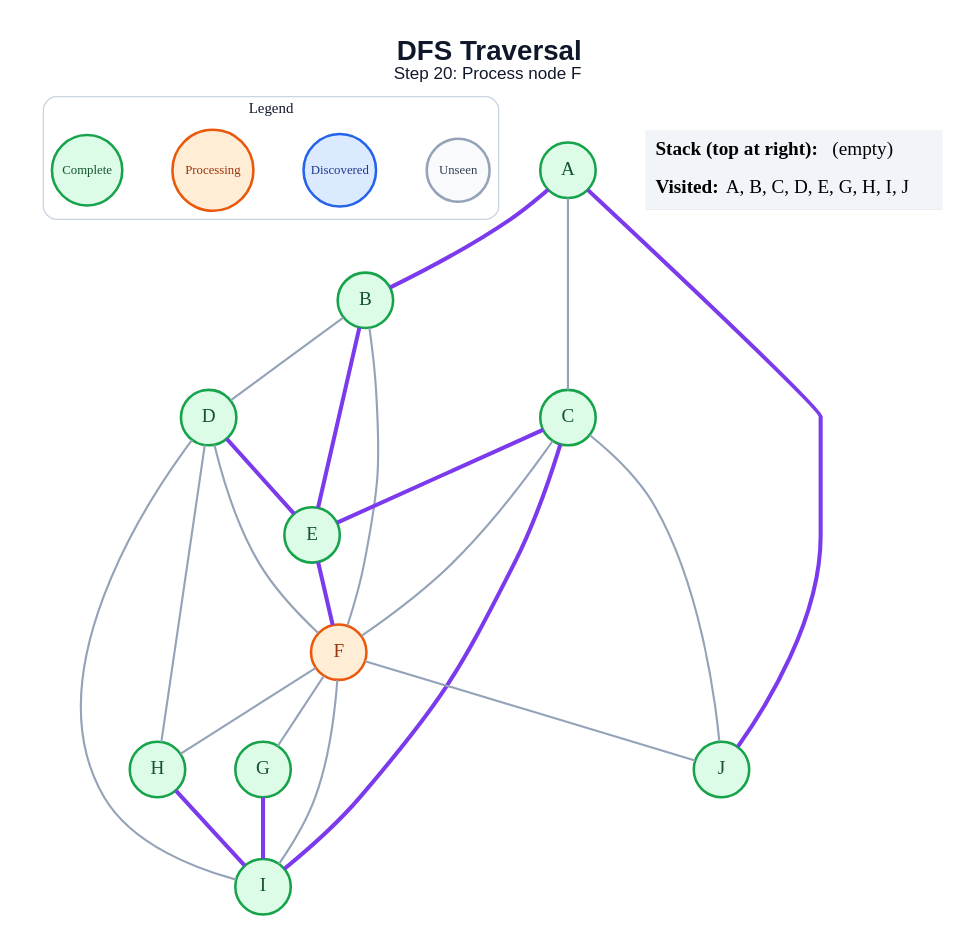
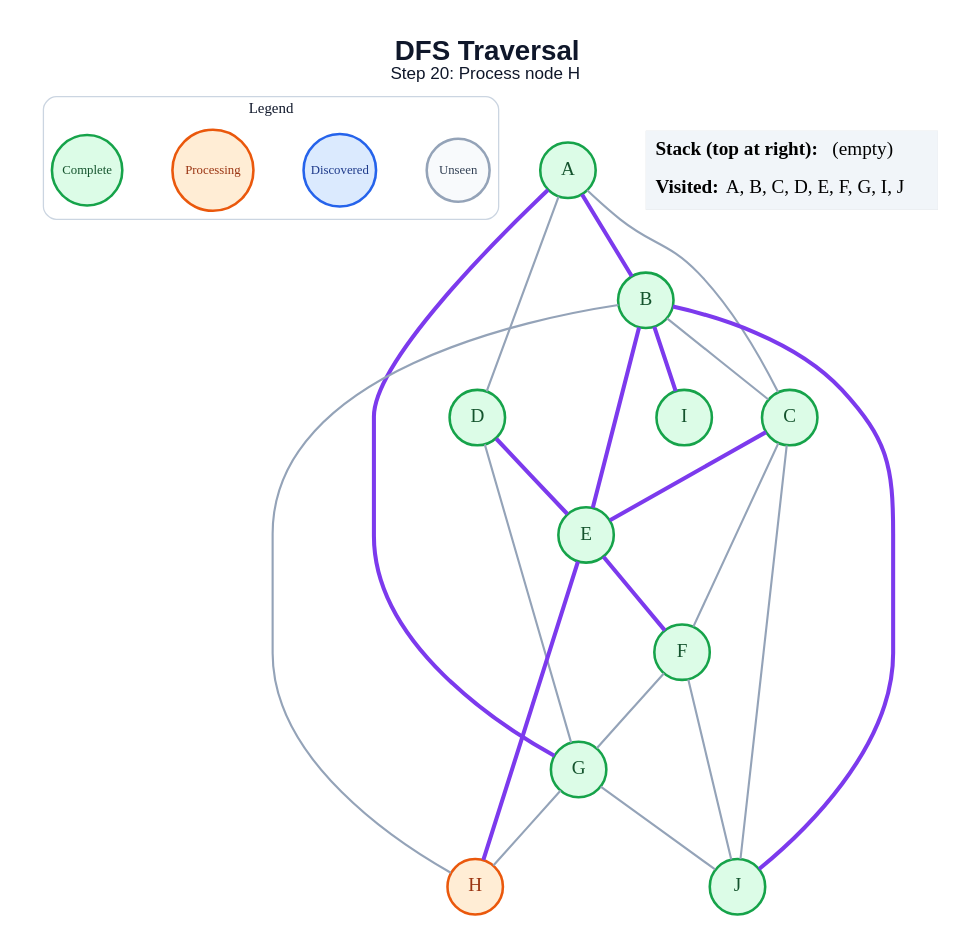
The diagram in generated/specific-node/dfs/step_20.dot (amanghodawala9/ai-slop), drawn with Graphviz before and after one commit. The commit also changed 178 other files, not shown here.

```diff
--- a/generated/specific-node/dfs/step_20.dot
+++ b/generated/specific-node/dfs/step_20.dot
@@ -1,50 +1,49 @@
 graph traversal {
   graph [layout=dot, rankdir=TB, bgcolor="#FFFFFF", pad="0.35", nodesep="0.65", ranksep="0.8", fontname="Arial"];
   node [shape=circle, style="filled", fontname="Arial Bold", fontsize=18, width=0.72, fixedsize=true, penwidth=2.4];
   edge [color="#94A3B8", penwidth=2.0];
-  label=<<B>DFS Traversal</B><BR/><FONT POINT-SIZE="16">Step 20: Process node F</FONT>>; labelloc="t"; fontsize=26; fontname="Arial"; fontcolor="#0F172A";
+  label=<<B>DFS Traversal</B><BR/><FONT POINT-SIZE="16">Step 20: Process node H</FONT>>; labelloc="t"; fontsize=26; fontname="Arial"; fontcolor="#0F172A";
   subgraph cluster_legend { label="Legend"; color="#CBD5E1"; penwidth=1.2; style="rounded"; fontsize=14; fontname="Arial Bold";
     key_unseen [label="Unseen", fillcolor="#F8FAFC", color="#94A3B8", fontcolor="#334155", fontsize=12, width=0.82];
     key_frontier [label="Discovered", fillcolor="#DBEAFE", color="#2563EB", fontcolor="#1E3A8A", fontsize=12, width=0.95];
     key_current [label="Processing", fillcolor="#FFEDD5", color="#EA580C", fontcolor="#9A3412", fontsize=12, width=1.05];
     key_done [label="Complete", fillcolor="#DCFCE7", color="#16A34A", fontcolor="#14532D", fontsize=12, width=0.92];
     { rank=same; key_unseen; key_frontier; key_current; key_done; }
   }
   A [fillcolor="#DCFCE7", color="#16A34A", fontcolor="#14532D"];
   B [fillcolor="#DCFCE7", color="#16A34A", fontcolor="#14532D"];
   C [fillcolor="#DCFCE7", color="#16A34A", fontcolor="#14532D"];
   D [fillcolor="#DCFCE7", color="#16A34A", fontcolor="#14532D"];
   E [fillcolor="#DCFCE7", color="#16A34A", fontcolor="#14532D"];
-  F [fillcolor="#FFEDD5", color="#EA580C", fontcolor="#9A3412"];
+  F [fillcolor="#DCFCE7", color="#16A34A", fontcolor="#14532D"];
   G [fillcolor="#DCFCE7", color="#16A34A", fontcolor="#14532D"];
-  H [fillcolor="#DCFCE7", color="#16A34A", fontcolor="#14532D"];
+  H [fillcolor="#FFEDD5", color="#EA580C", fontcolor="#9A3412"];
   I [fillcolor="#DCFCE7", color="#16A34A", fontcolor="#14532D"];
   J [fillcolor="#DCFCE7", color="#16A34A", fontcolor="#14532D"];
   A -- B [color="#7C3AED", penwidth=3.8];
   A -- C;
-  A -- J [color="#7C3AED", penwidth=3.8];
-  B -- D;
+  A -- D;
+  A -- G [color="#7C3AED", penwidth=3.8];
+  B -- C;
   B -- E [color="#7C3AED", penwidth=3.8];
-  B -- F;
+  B -- H;
+  B -- I [color="#7C3AED", penwidth=3.8];
+  B -- J [color="#7C3AED", penwidth=3.8];
   C -- E [color="#7C3AED", penwidth=3.8];
   C -- F;
-  C -- I [color="#7C3AED", penwidth=3.8];
   C -- J;
   D -- E [color="#7C3AED", penwidth=3.8];
-  D -- F;
-  D -- H;
-  D -- I;
+  D -- G;
   E -- F [color="#7C3AED", penwidth=3.8];
+  E -- H [color="#7C3AED", penwidth=3.8];
   F -- G;
-  F -- H;
-  F -- I;
   F -- J;
-  G -- I [color="#7C3AED", penwidth=3.8];
-  H -- I [color="#7C3AED", penwidth=3.8];
+  G -- H;
+  G -- J;
   status [shape=plain, fixedsize=false, width=0, height=0, margin=0, label=<
     <TABLE BORDER="0" CELLBORDER="0" CELLPADDING="7" BGCOLOR="#F1F5F9">
       <TR><TD ALIGN="LEFT"><B>Stack (top at right):</B> (empty)</TD></TR>
-      <TR><TD ALIGN="LEFT"><B>Visited:</B> A, B, C, D, E, G, H, I, J</TD></TR>
+      <TR><TD ALIGN="LEFT"><B>Visited:</B> A, B, C, D, E, F, G, I, J</TD></TR>
     </TABLE>
   >];
 }
```
